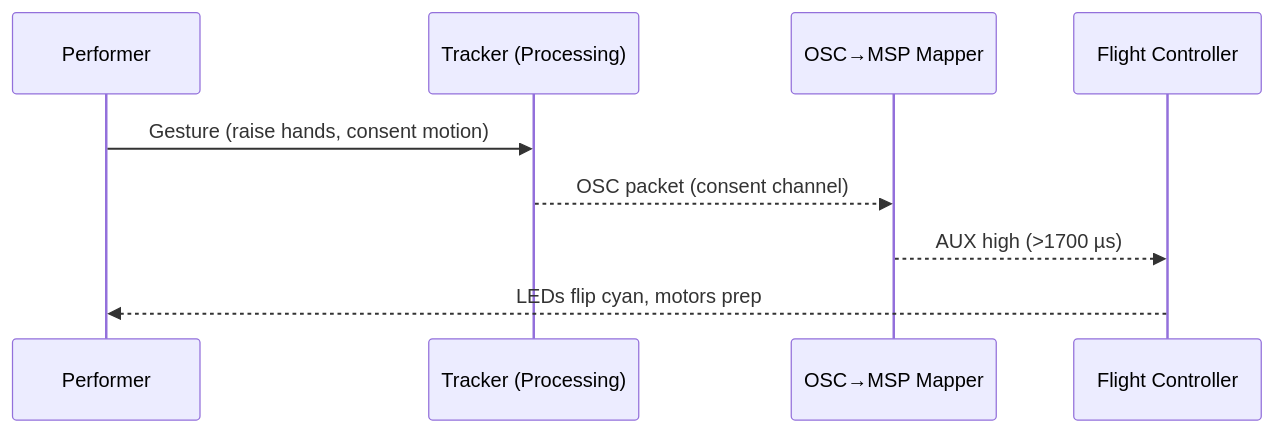
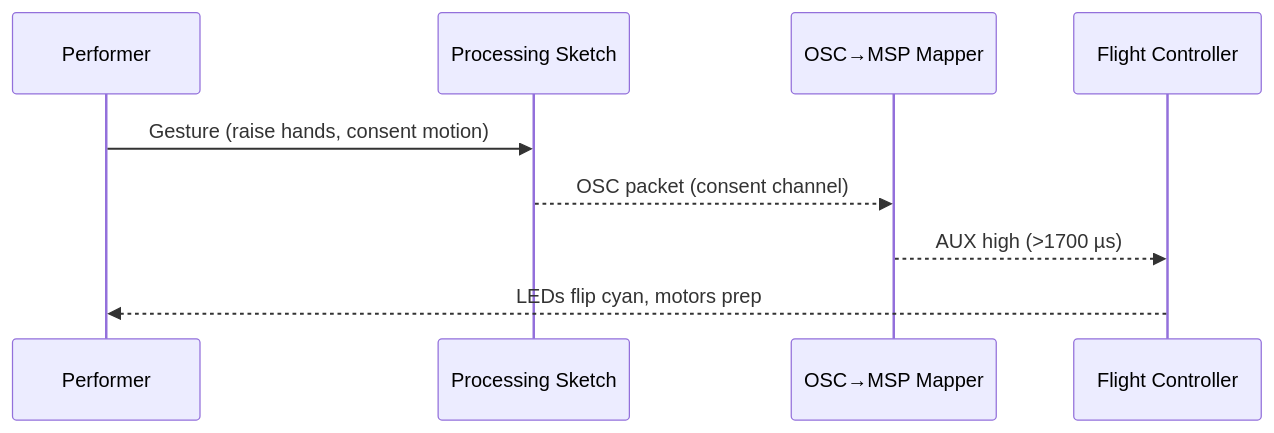
Before and after one commit to bseverns/perceptual-drift: the second of 3 diagrams in docs/onboarding/README.md, drawn with Mermaid. The commit also changed other lines of this file and 2 other files, not shown here.

Commit message:
docs: emphasize processing tracker

````diff
--- a/docs/onboarding/README.md
+++ b/docs/onboarding/README.md
@@ -60,12 +60,12 @@
 ```mermaid
 sequenceDiagram
     participant Performer
-    participant Tracker as Tracker (Processing)
+    participant Tracker as Processing Sketch
     participant Mapper as OSC→MSP Mapper
     participant FC as Flight Controller
 
     Performer->>Tracker: Gesture (raise hands, consent motion)
     Tracker-->>Mapper: OSC packet (consent channel)
     Mapper-->>FC: AUX high (>1700 µs)
     FC-->>Performer: LEDs flip cyan, motors prep
 ```
````
